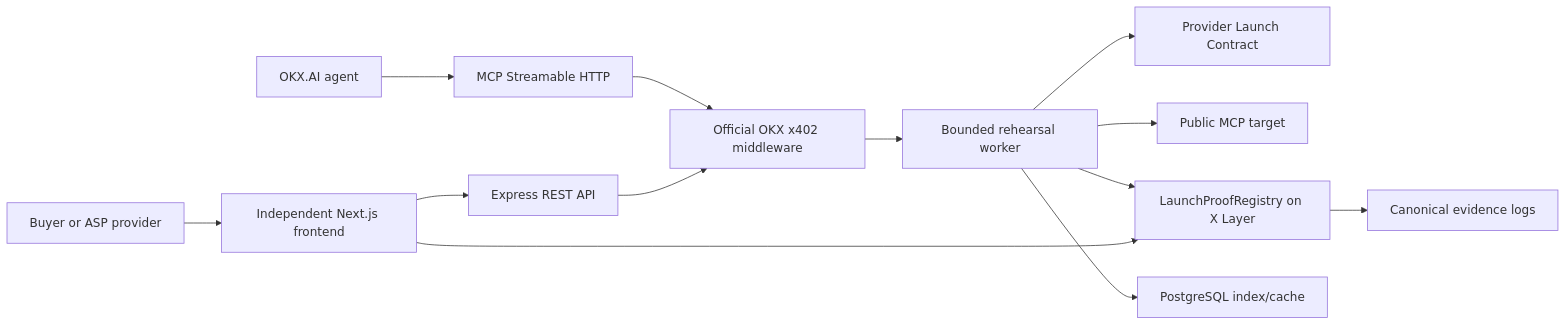
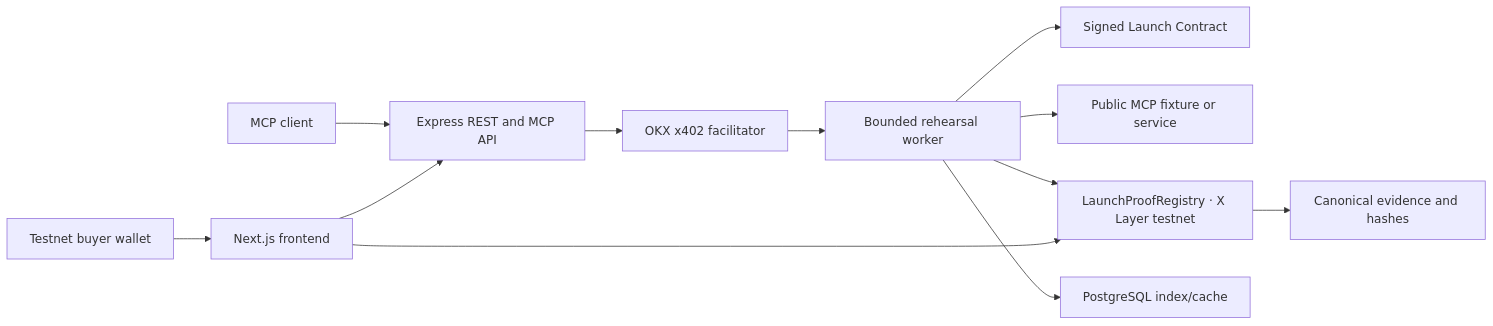
The diagram in README.md (Kevincruz2005/LaunchProof), drawn with Mermaid before and after one commit. The commit also changed other lines of this file and 102 other files, not shown here.

Commit message:
release: harden X Layer testnet deployment

````diff
--- a/README.md
+++ b/README.md
@@ -39,15 +34,14 @@
 ```mermaid
 flowchart LR
-    Buyer["Buyer or ASP provider"] --> UI["Independent Next.js frontend"]
-    Agent["OKX.AI agent"] --> MCP["MCP Streamable HTTP"]
-    UI --> REST["Express REST API"]
-    MCP --> Pay["Official OKX x402 middleware"]
-    REST --> Pay
-    Pay --> Runner["Bounded rehearsal worker"]
-    Runner --> Manifest["Provider Launch Contract"]
-    Runner --> Target["Public MCP target"]
-    Runner --> Registry["LaunchProofRegistry on X Layer"]
-    Registry --> Logs["Canonical evidence logs"]
-    Runner --> Cache["PostgreSQL index/cache"]
+    Buyer["Testnet buyer wallet"] --> UI["Next.js frontend"]
+    Agent["MCP client"] --> API["Express REST and MCP API"]
+    UI --> API
+    API --> Pay["OKX x402 facilitator"]
+    Pay --> Worker["Bounded rehearsal worker"]
+    Worker --> Contract["Signed Launch Contract"]
+    Worker --> Target["Public MCP fixture or service"]
+    Worker --> Registry["LaunchProofRegistry · X Layer testnet"]
+    Registry --> Evidence["Canonical evidence and hashes"]
+    Worker --> Cache["PostgreSQL index/cache"]
     UI --> Registry
 ```
````
